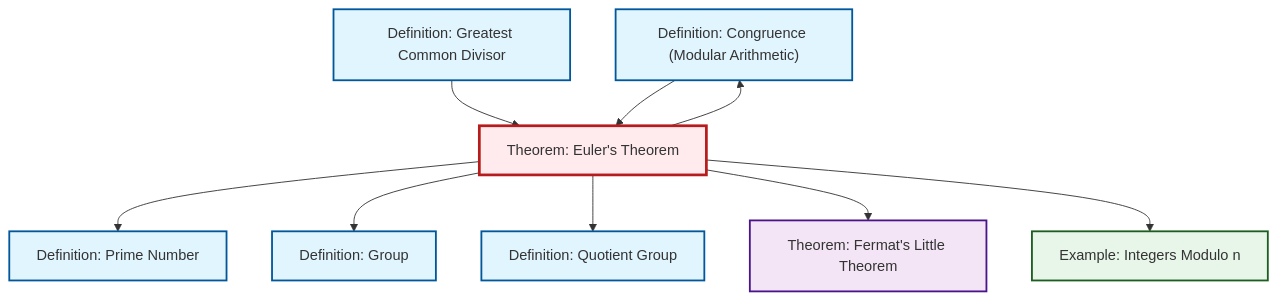
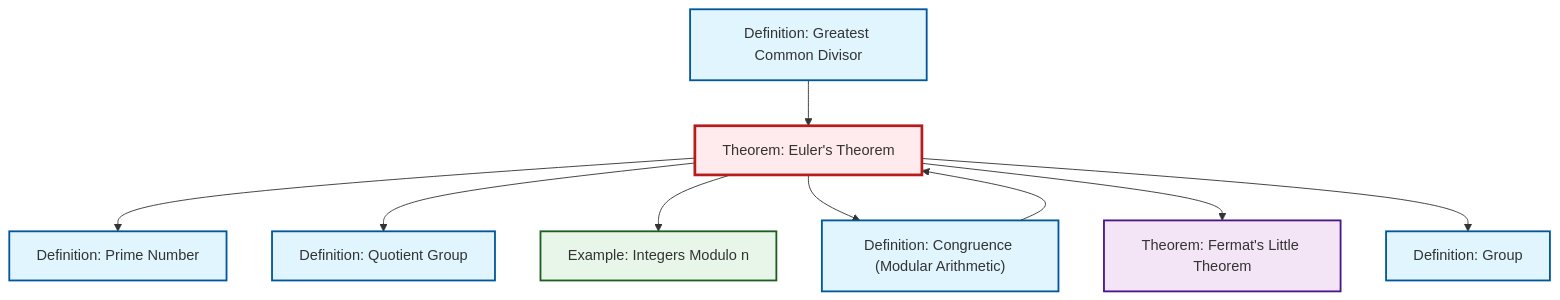
One commit to RK0429/ModernMath changed the diagram in content/en/number-theory/thm-euler.qmd. Above: the diagram before and after it, drawn with Mermaid. The commit also changed other lines of this file and 1012 other files, not shown here.

````diff
--- a/content/en/number-theory/thm-euler.qmd
+++ b/content/en/number-theory/thm-euler.qmd
@@ -53,33 +53,33 @@
 ```{mermaid}
 %%| fig-cap: "Local dependency graph"
 graph TD
     classDef definition fill:#e1f5fe,stroke:#01579b,stroke-width:2px
     classDef theorem fill:#f3e5f5,stroke:#4a148c,stroke-width:2px
     classDef axiom fill:#fff3e0,stroke:#e65100,stroke-width:2px
     classDef example fill:#e8f5e9,stroke:#1b5e20,stroke-width:2px
     classDef current fill:#ffebee,stroke:#b71c1c,stroke-width:3px
+    def-gcd["Definition: Greatest Common Divisor"]:::definition
     def-congruence["Definition: Congruence (Modular Arithmetic)"]:::definition
     thm-euler["Theorem: Euler's Theorem"]:::theorem
     thm-fermat-little["Theorem: Fermat's Little Theorem"]:::theorem
     def-quotient-group["Definition: Quotient Group"]:::definition
-    def-gcd["Definition: Greatest Common Divisor"]:::definition
-    ex-quotient-integers-mod-n["Example: Integers Modulo n"]:::example
     def-prime["Definition: Prime Number"]:::definition
     def-group["Definition: Group"]:::definition
+    ex-quotient-integers-mod-n["Example: Integers Modulo n"]:::example
+    thm-euler --> def-prime
+    thm-euler --> def-quotient-group
+    thm-euler --> ex-quotient-integers-mod-n
+    thm-euler --> def-congruence
+    thm-euler --> thm-fermat-little
     def-gcd --> thm-euler
-    thm-euler --> def-prime
+    def-congruence --> thm-euler
     thm-euler --> def-group
-    def-congruence --> thm-euler
-    thm-euler --> def-quotient-group
-    thm-euler --> thm-fermat-little
-    thm-euler --> def-congruence
-    thm-euler --> ex-quotient-integers-mod-n
     class thm-euler current
+    click def-gcd "def-gcd.html" "Go to Greatest Common Divisor definition"
     click def-congruence "def-congruence.html" "Go to Congruence (Modular Arithmetic) definition"
     click thm-fermat-little "thm-fermat-little.html" "Go to Fermat's Little Theorem theorem"
     click def-quotient-group "def-quotient-group.html" "Go to Quotient Group definition"
-    click def-gcd "def-gcd.html" "Go to Greatest Common Divisor definition"
-    click ex-quotient-integers-mod-n "ex-quotient-integers-mod-n.html" "Go to Integers Modulo n example"
     click def-prime "def-prime.html" "Go to Prime Number definition"
     click def-group "def-group.html" "Go to Group definition"
+    click ex-quotient-integers-mod-n "ex-quotient-integers-mod-n.html" "Go to Integers Modulo n example"
 ```
````
